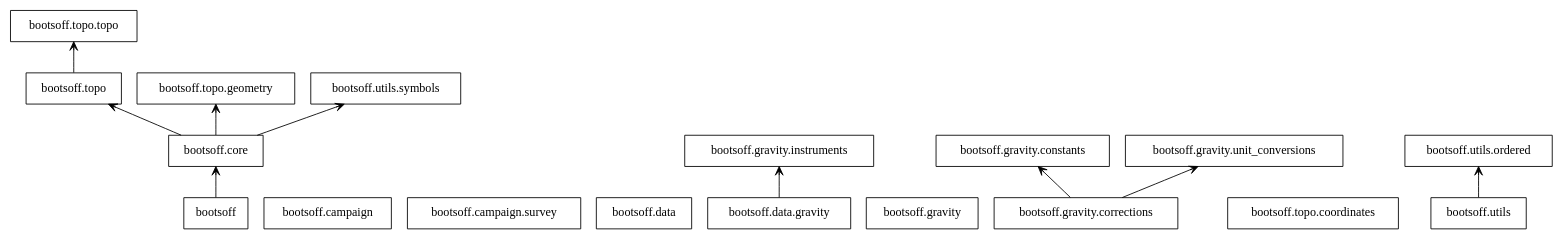
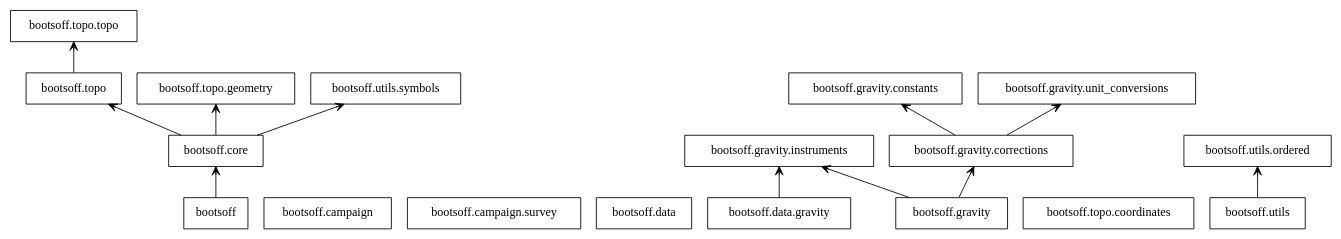
Before and after one commit to kaufmanno/BootsOff: the diagram in docs/source/uml/packages_uml_bootsoff.dot, drawn with Graphviz. The commit also changed 2 other files, not shown here.

```diff
--- a/docs/source/uml/packages_uml_bootsoff.dot
+++ b/docs/source/uml/packages_uml_bootsoff.dot
@@ -1,31 +1,33 @@
 digraph "packages_uml_bootsoff" {
 charset="utf-8"
 rankdir=BT
 "0" [label="bootsoff", shape="box"];
 "1" [label="bootsoff.campaign", shape="box"];
 "2" [label="bootsoff.campaign.survey", shape="box"];
 "3" [label="bootsoff.core", shape="box"];
 "4" [label="bootsoff.data", shape="box"];
 "5" [label="bootsoff.data.gravity", shape="box"];
 "6" [label="bootsoff.gravity", shape="box"];
 "7" [label="bootsoff.gravity.constants", shape="box"];
 "8" [label="bootsoff.gravity.corrections", shape="box"];
 "9" [label="bootsoff.gravity.instruments", shape="box"];
 "10" [label="bootsoff.gravity.unit_conversions", shape="box"];
 "11" [label="bootsoff.topo", shape="box"];
 "12" [label="bootsoff.topo.coordinates", shape="box"];
 "13" [label="bootsoff.topo.geometry", shape="box"];
 "14" [label="bootsoff.topo.topo", shape="box"];
 "15" [label="bootsoff.utils", shape="box"];
 "16" [label="bootsoff.utils.ordered", shape="box"];
 "17" [label="bootsoff.utils.symbols", shape="box"];
 "0" -> "3" [arrowhead="open", arrowtail="none"];
 "3" -> "11" [arrowhead="open", arrowtail="none"];
 "3" -> "13" [arrowhead="open", arrowtail="none"];
 "3" -> "17" [arrowhead="open", arrowtail="none"];
 "5" -> "9" [arrowhead="open", arrowtail="none"];
+"6" -> "8" [arrowhead="open", arrowtail="none"];
+"6" -> "9" [arrowhead="open", arrowtail="none"];
 "8" -> "7" [arrowhead="open", arrowtail="none"];
 "8" -> "10" [arrowhead="open", arrowtail="none"];
 "11" -> "14" [arrowhead="open", arrowtail="none"];
 "15" -> "16" [arrowhead="open", arrowtail="none"];
 }
```
